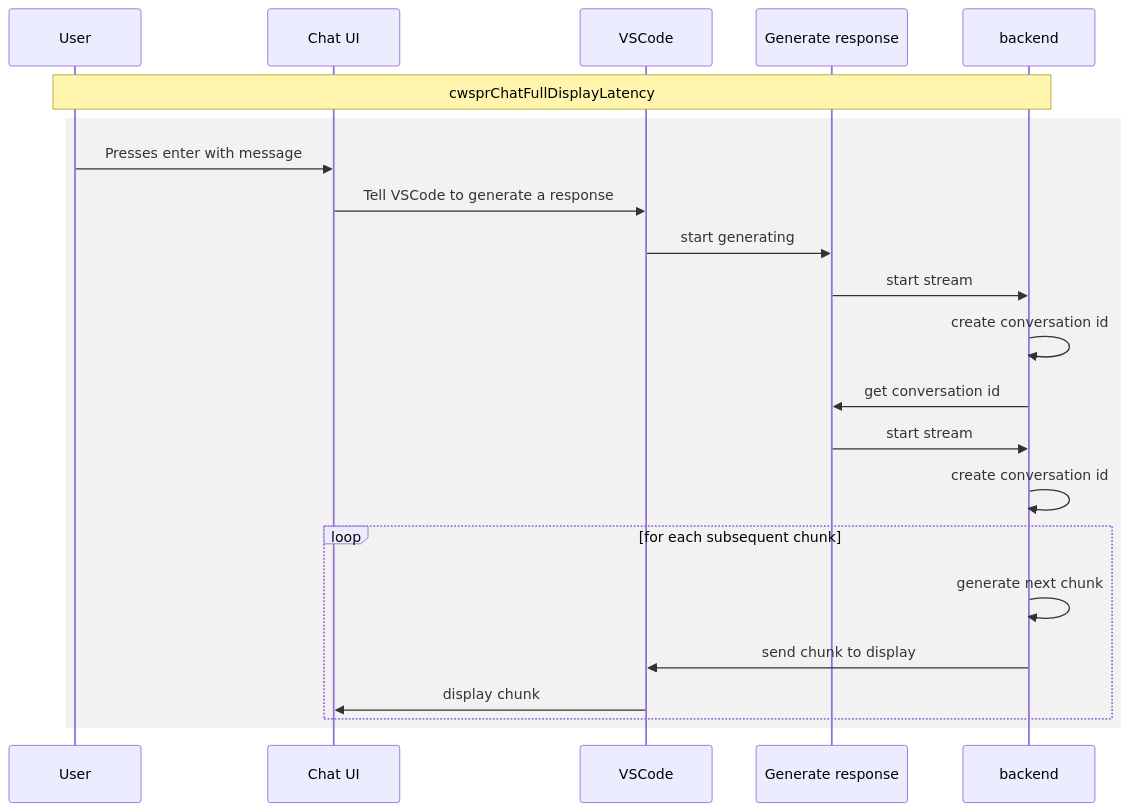
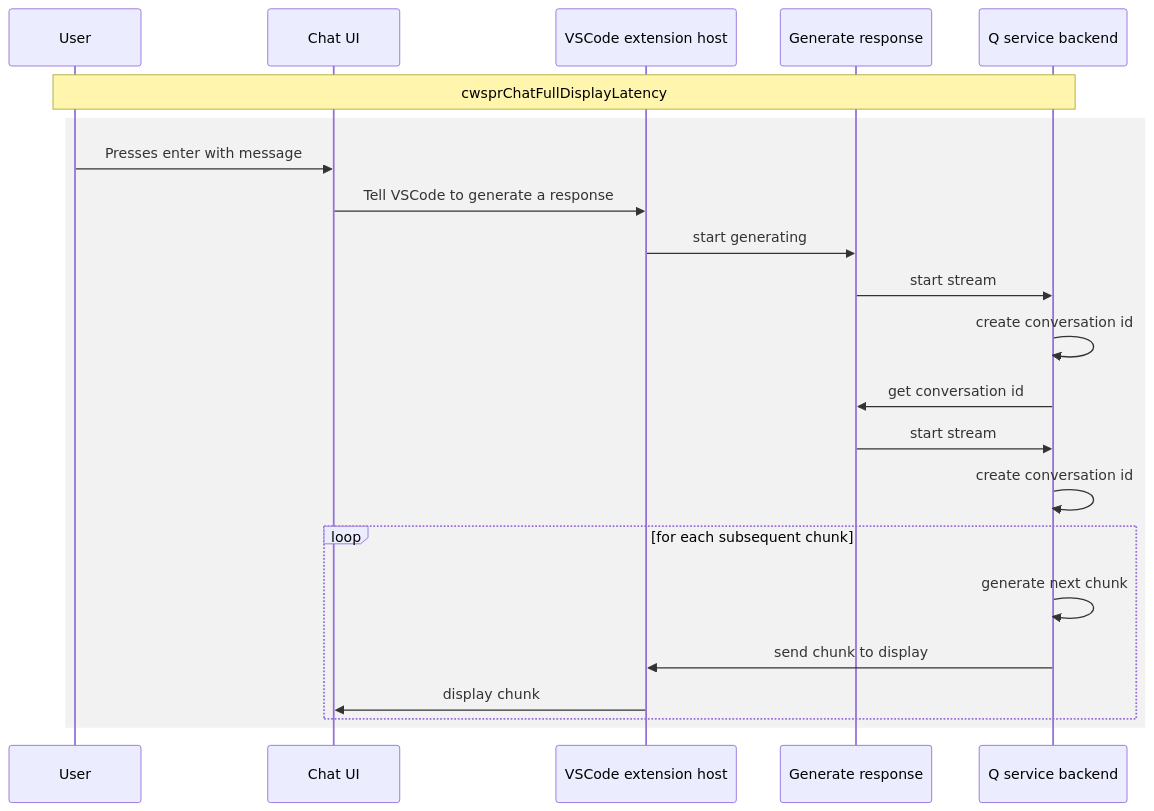
Before and after one commit to aws/aws-toolkit-vscode: diagram 16 of 17 in docs/telemetry-perf.md, drawn with Mermaid. The commit also changed other lines of this file, not shown here.

````diff
--- a/docs/telemetry-perf.md
+++ b/docs/telemetry-perf.md
@@ -520,26 +521,26 @@
 ```mermaid
     sequenceDiagram
         participant user as User
         participant chat as Chat UI
-        participant vscode as VSCode
+        participant vscode as VSCode extension host
         participant generateResponse as Generate response
-        participant backend
+        participant backend as Q service backend
 
         note over backend, user: cwsprChatFullDisplayLatency
         rect rgb(230, 230, 230, 0.5)
             user->>chat: Presses enter with message
             chat->>vscode: Tell VSCode to generate a response
             vscode->>generateResponse: start generating
             generateResponse->>backend: start stream
             backend->>backend: create conversation id
             backend->>generateResponse: get conversation id
             generateResponse->>backend: start stream
             backend->>backend: create conversation id
             loop for each subsequent chunk
                 backend->>backend: generate next chunk
                 backend->>vscode: send chunk to display
                 vscode->>chat: display chunk
             end
         end
 
 ```
````
